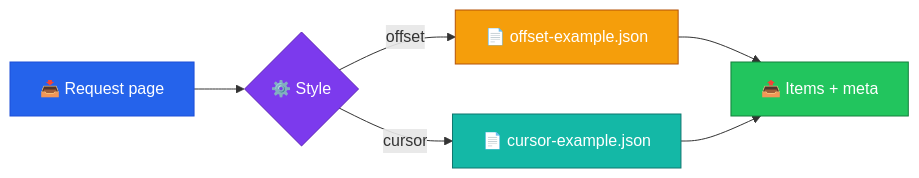
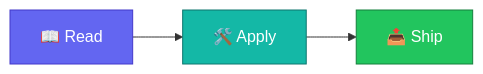
One commit to manansbdb/pagination-patterns changed the diagram in README.md. Above: the diagram before and after it, drawn with Mermaid. The commit also changed other lines of this file and 1 other file, not shown here.

Commit message:
docs: polish README (banner, badges, mermaid, EN+PT)

````diff
--- a/README.md
+++ b/README.md
@@ -28,13 +27,8 @@
 ```mermaid
 flowchart LR
-  A["📥 Request page"] --> B{"⚙️ Style"}
-  B -->|offset| C["📄 offset-example.json"]
-  B -->|cursor| D["📄 cursor-example.json"]
-  C --> E["📤 Items + meta"]
-  D --> E
-  style A fill:#2563eb,stroke:#1d4ed8,color:#fff
-  style B fill:#7c3aed,stroke:#5b21b6,color:#fff
-  style C fill:#f59e0b,stroke:#b45309,color:#fff
-  style D fill:#14b8a6,stroke:#0f766e,color:#fff
-  style E fill:#22c55e,stroke:#15803d,color:#fff
+  A["📖 Read"] --> B["🛠️ Apply"]
+  B --> C["📤 Ship"]
+  style A fill:#6366f1,stroke:#4338ca,color:#fff
+  style B fill:#14b8a6,stroke:#0f766e,color:#fff
+  style C fill:#22c55e,stroke:#15803d,color:#fff
 ```
````
